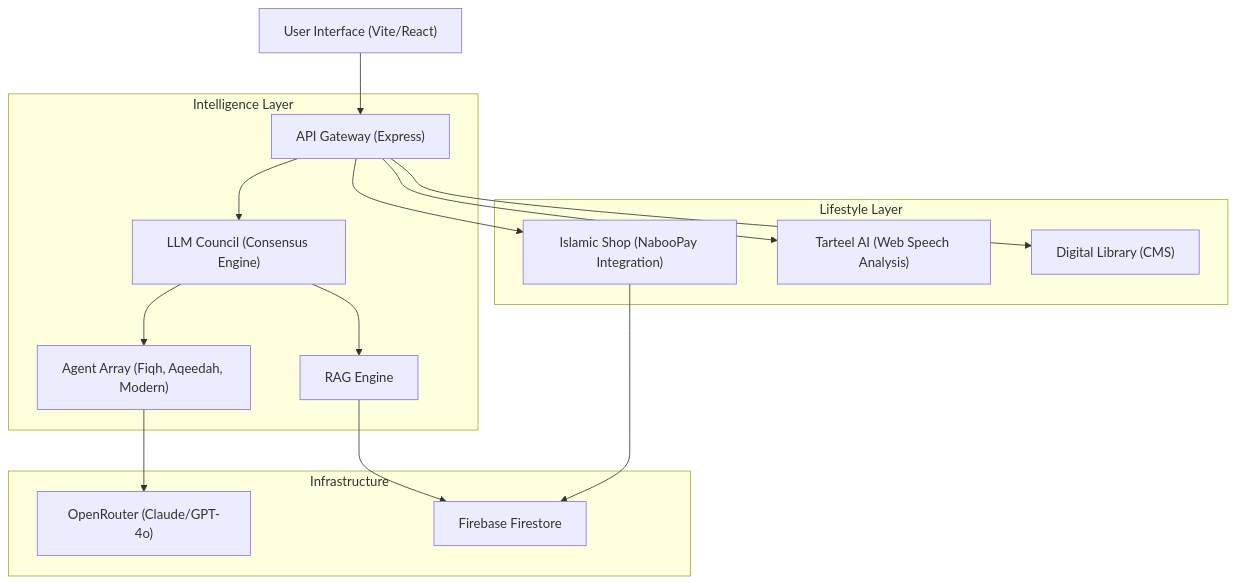
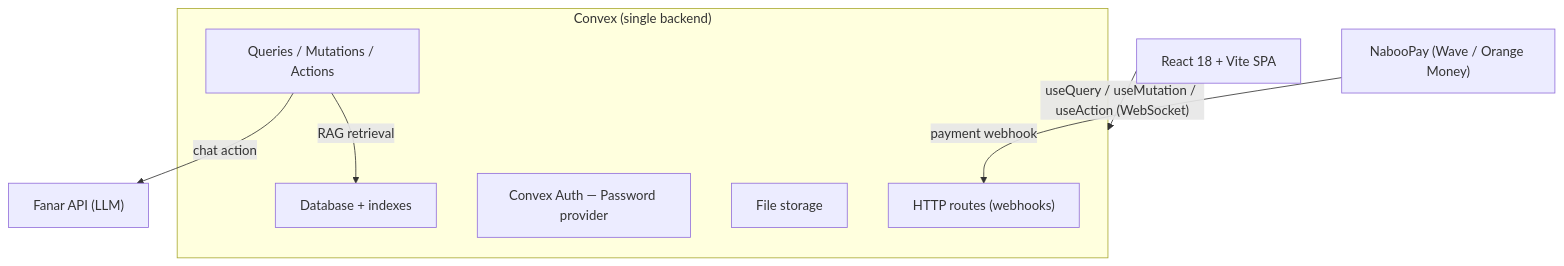
One commit to utachicodes/gestusadine changed the diagram in README.md. Above: the diagram before and after it, drawn with Mermaid. The commit also changed other lines of this file and 2 other files, not shown here.

First line of the commit message:
docs: refresh README, MIGRATION and METHODOLOGY for the Convex + Fanar stack

````diff
--- a/README.md
+++ b/README.md
@@ -25,22 +19,16 @@
 ```mermaid
 graph TD
-    User["User Interface (Vite/React)"] --> Gateway["API Gateway (Express)"]
-    
-    subgraph " Intelligence Layer"
-        Gateway --> Council["LLM Council (Consensus Engine)"]
-        Council --> Agents["Agent Array (Fiqh, Aqeedah, Modern)"]
-        Council --> RAG["RAG Engine"]
+    UI["React 18 + Vite SPA"] -->|"useQuery / useMutation / useAction (WebSocket)"| Convex
+
+    subgraph Convex["Convex (single backend)"]
+        Auth["Convex Auth — Password provider"]
+        DB["Database + indexes"]
+        Fns["Queries / Mutations / Actions"]
+        Files["File storage"]
+        HTTP["HTTP routes (webhooks)"]
     end
-    
-    subgraph " Lifestyle Layer"
-        Gateway --> Shop["Islamic Shop (NabooPay Integration)"]
-        Gateway --> Tarteel["Tarteel AI (Web Speech Analysis)"]
-        Gateway --> Library["Digital Library (CMS)"]
-    end
-    
-    subgraph " Infrastructure"
-        Agents --> OpenRouter["OpenRouter (Claude/GPT-4o)"]
-        RAG --> Firestore["Firebase Firestore"]
-        Shop --> Firestore["Firebase Firestore"]
-    end
+
+    Fns -->|"chat action"| Fanar["Fanar API (LLM)"]
+    Fns -->|"RAG retrieval"| DB
+    NabooPay["NabooPay (Wave / Orange Money)"] -->|"payment webhook"| HTTP
 ```
````
